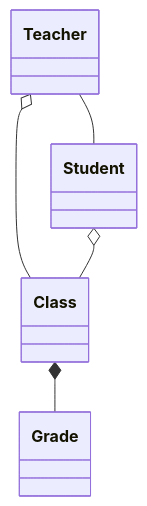
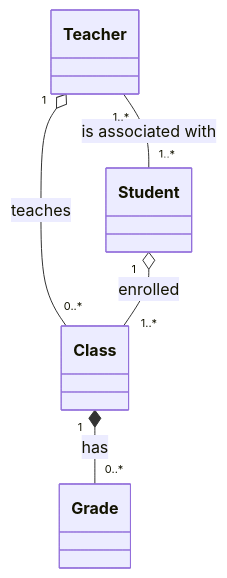
The third of 3 diagrams in mermaid_diagrams.md (rawandrew/diagramming), drawn with Mermaid before and after one commit.

Commit message:
Flesh out the school domain model.

````diff
--- a/mermaid_diagrams.md
+++ b/mermaid_diagrams.md
@@ -55,9 +55,9 @@
 ```mermaid
 classDiagram
-    Teacher -- Student
-    Teacher o-- Class
+    Teacher "1..*" -- "1..*" Student: is associated with
+    Teacher "1" o-- "0..*" Class: teaches
     
-    Student o-- Class
+    Student "1" o-- "1..*" Class: enrolled
     
-    Class  *-- Grade
+    Class "1" *-- "0..*" Grade: has
 ```
````
